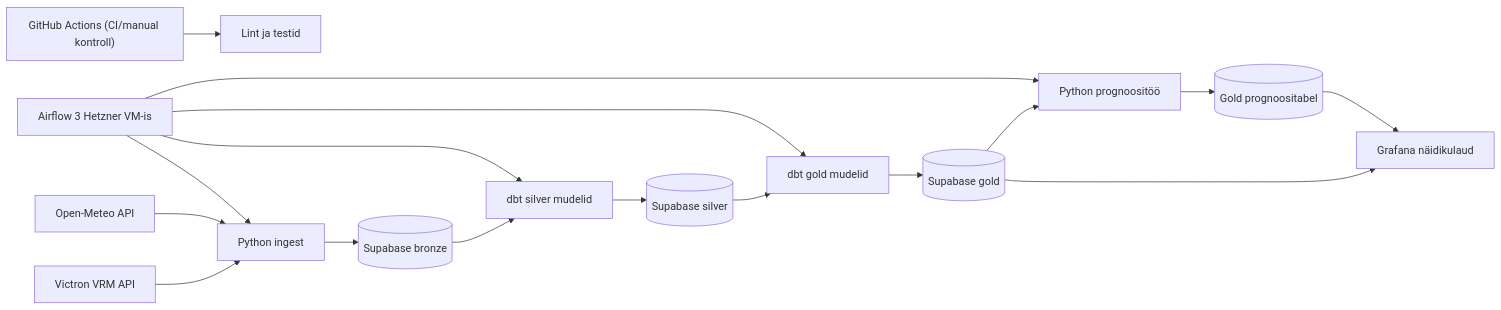
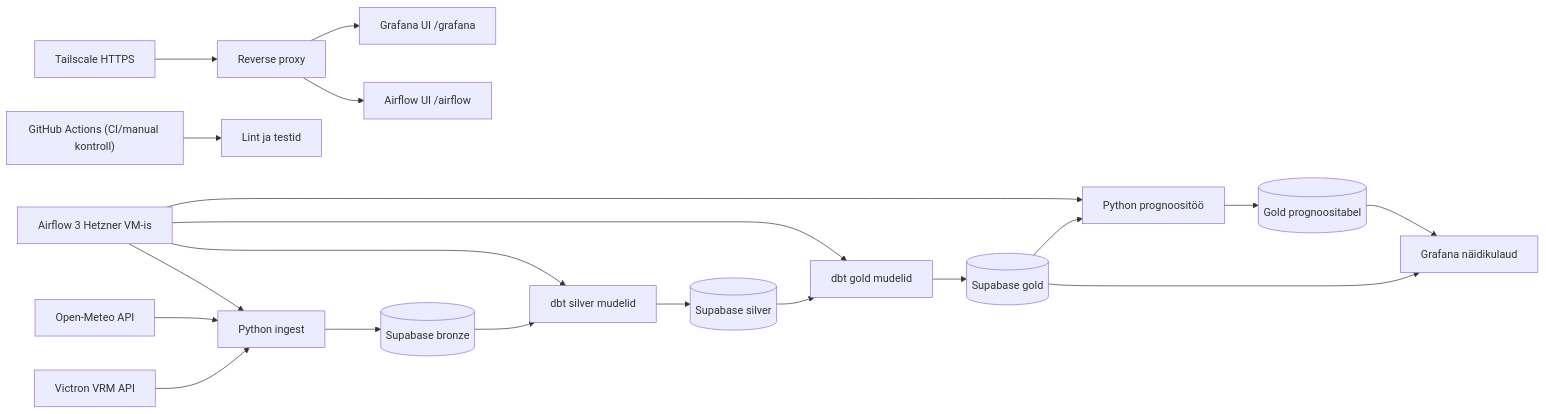
The diagram in docs/arhitektuur.md (jooseprooso/ut-solar-energy-analytics-platform), drawn with Mermaid before and after one commit. The commit also changed other lines of this file and 9 other files, not shown here.

First line of the commit message:
Add reverse proxy routing for /airflow and /grafana.

````diff
--- a/docs/arhitektuur.md
+++ b/docs/arhitektuur.md
@@ -15,19 +15,22 @@
 ```mermaid
 flowchart LR
     vrmApi[Victron VRM API] --> ingestLayer[Python ingest]
     meteoApi[Open-Meteo API] --> ingestLayer
     ingestLayer --> bronze[(Supabase bronze)]
     bronze --> dbtSilver[dbt silver mudelid]
     dbtSilver --> silver[(Supabase silver)]
     silver --> dbtGold[dbt gold mudelid]
     dbtGold --> gold[(Supabase gold)]
     gold --> grafana[Grafana näidikulaud]
     gold --> forecastJob[Python prognoositöö]
     forecastJob --> forecastTable[(Gold prognoositabel)]
     forecastTable --> grafana
     airflow[Airflow 3 Hetzner VM-is] --> ingestLayer
     airflow --> dbtSilver
     airflow --> dbtGold
     airflow --> forecastJob
+    tailscale[Tailscale HTTPS] --> proxy[Reverse proxy]
+    proxy --> airflowUi[Airflow UI /airflow]
+    proxy --> grafanaUi[Grafana UI /grafana]
     gha["GitHub Actions (CI/manual kontroll)"] --> ciChecks["Lint ja testid"]
 ```
````
